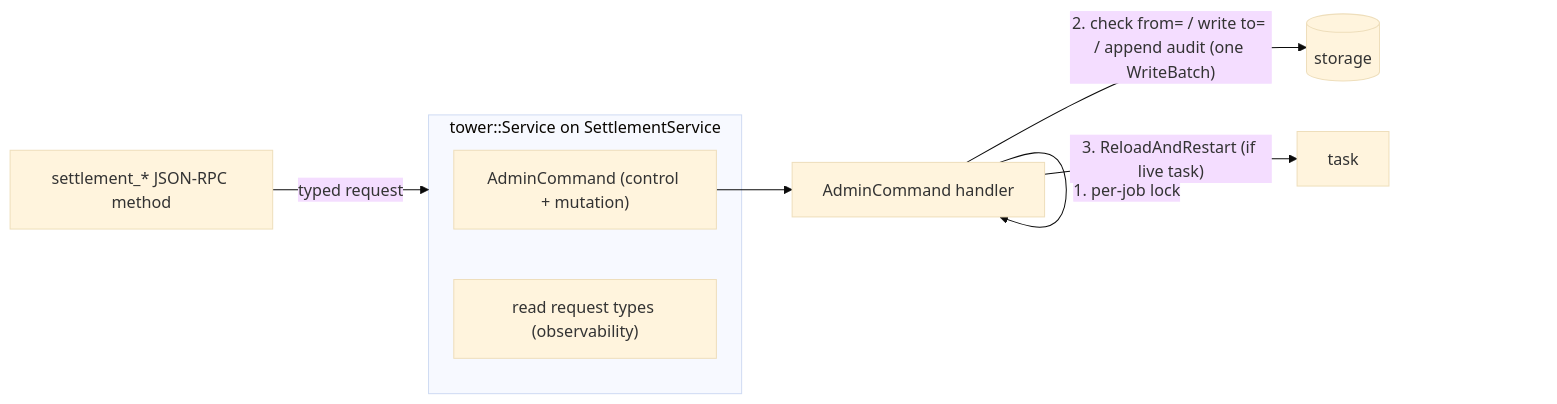
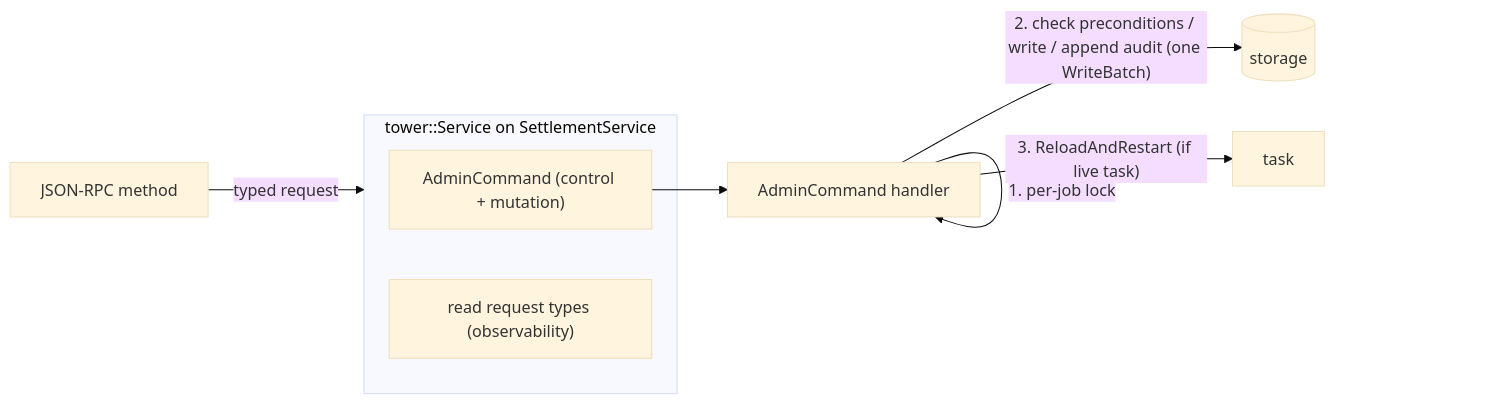
Before and after one commit to agglayer/agglayer: the second of 3 diagrams in docs/knowledge-base/src/ai-agents/specs/2026-06-08-settlement-admin-api-design.md, drawn with Mermaid (base theme). The commit also changed other lines of this file and 1 other file, not shown here.

First line of the commit message:
docs(settlement): trim the remainder design to the remaining surface

````diff
--- a/docs/knowledge-base/src/ai-agents/specs/2026-06-08-settlement-admin-api-design.md
+++ b/docs/knowledge-base/src/ai-agents/specs/2026-06-08-settlement-admin-api-design.md
@@ -198,12 +176,12 @@
 ```mermaid
 flowchart LR
-  RPC["settlement_* JSON-RPC method"] -->|typed request| TOWER
+  RPC["JSON-RPC method"] -->|typed request| TOWER
   subgraph TOWER["tower::Service on SettlementService"]
     AC["AdminCommand (control + mutation)"]
     RD["read request types (observability)"]
   end
   AC --> H["AdminCommand handler"]
   H -->|"1. per-job lock"| H
-  H -->|"2. check from= / write to= / append audit (one WriteBatch)"| STORE[(storage)]
+  H -->|"2. check preconditions / write / append audit (one WriteBatch)"| STORE[(storage)]
   H -->|"3. ReloadAndRestart (if live task)"| TASK[task]
 ```
````
